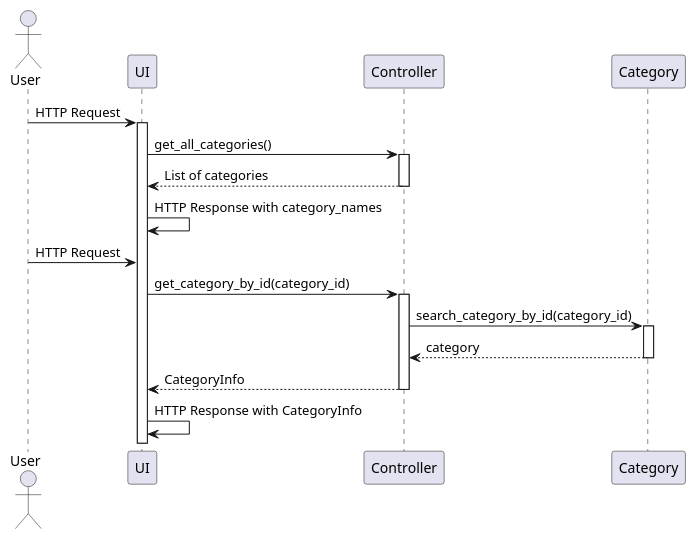
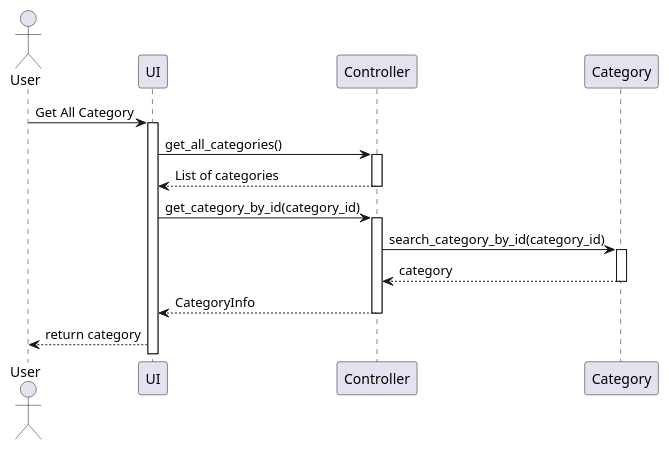
Before and after one commit to KMITLSuicide/KMITL-ObjectOrientedProgramming-Project: the diagram in diagrams/plantuml/category.puml, drawn with PlantUML. The commit also changed 5 other files, not shown here.

Commit message:
SD - Fix Search + Seperate to SearchCourse/SearchCategory/SearchTeacher/GetCourseForTeacher

```diff
--- a/diagrams/plantuml/category.puml
+++ b/diagrams/plantuml/category.puml
@@ -1,30 +1,30 @@
 @startuml
 actor User
 
 participant "UI" as Server
 participant Controller
 participant Category
 
-User -> Server: HTTP Request
+User -> Server: Get All Category
 activate Server
 
 Server -> Controller: get_all_categories()
 activate Controller
 Controller --> Server: List of categories
 deactivate Controller
 
-Server -> Server: HTTP Response with category_names
+' Server --> User: return category 
 
-User -> Server: HTTP Request
+' User -> Server: Get All Category
 Server -> Controller: get_category_by_id(category_id)
 activate Controller
 Controller -> Category: search_category_by_id(category_id)
 activate Category
 Category --> Controller: category
 deactivate Category
 Controller --> Server: CategoryInfo
 deactivate Controller
 
-Server -> Server: HTTP Response with CategoryInfo
+Server --> User: return category 
 
 @enduml
```
